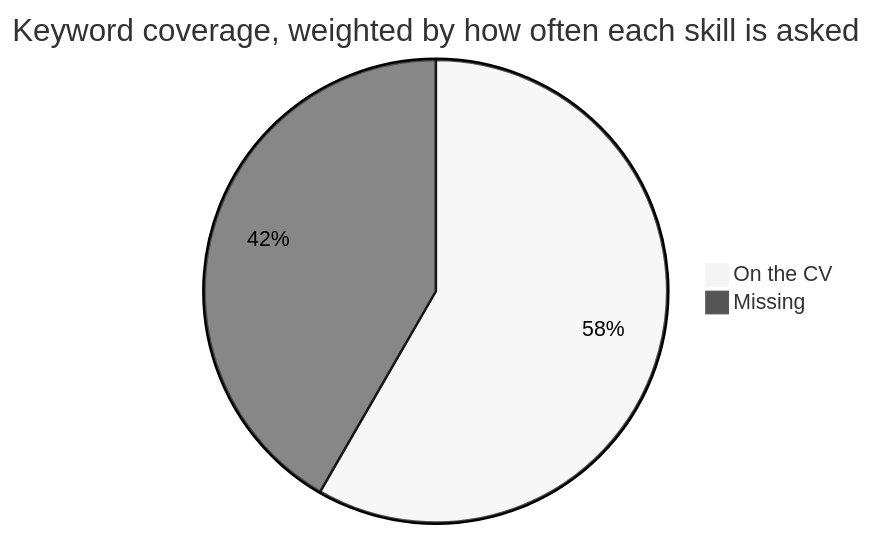
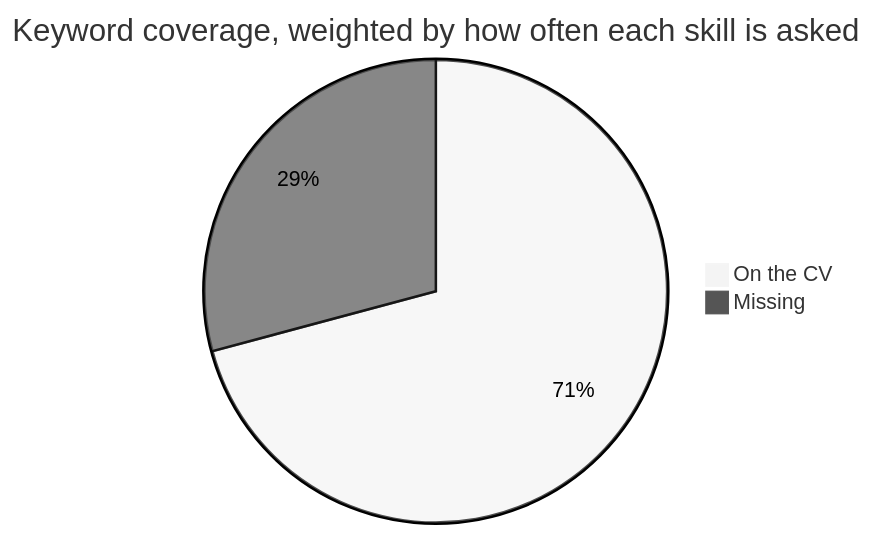
Before and after one commit to ahsanauddry027/AhsanHabib_CV: the first of 3 diagrams in README.md, drawn with Mermaid (neutral theme). The commit also changed other lines of this file and 3 other files, not shown here.

````diff
--- a/README.md
+++ b/README.md
@@ -114,6 +114,6 @@
 ```mermaid
 pie
     title Keyword coverage, weighted by how often each skill is asked
-    "On the CV" : 42
-    "Missing" : 30
+    "On the CV" : 51
+    "Missing" : 21
 ```
````
